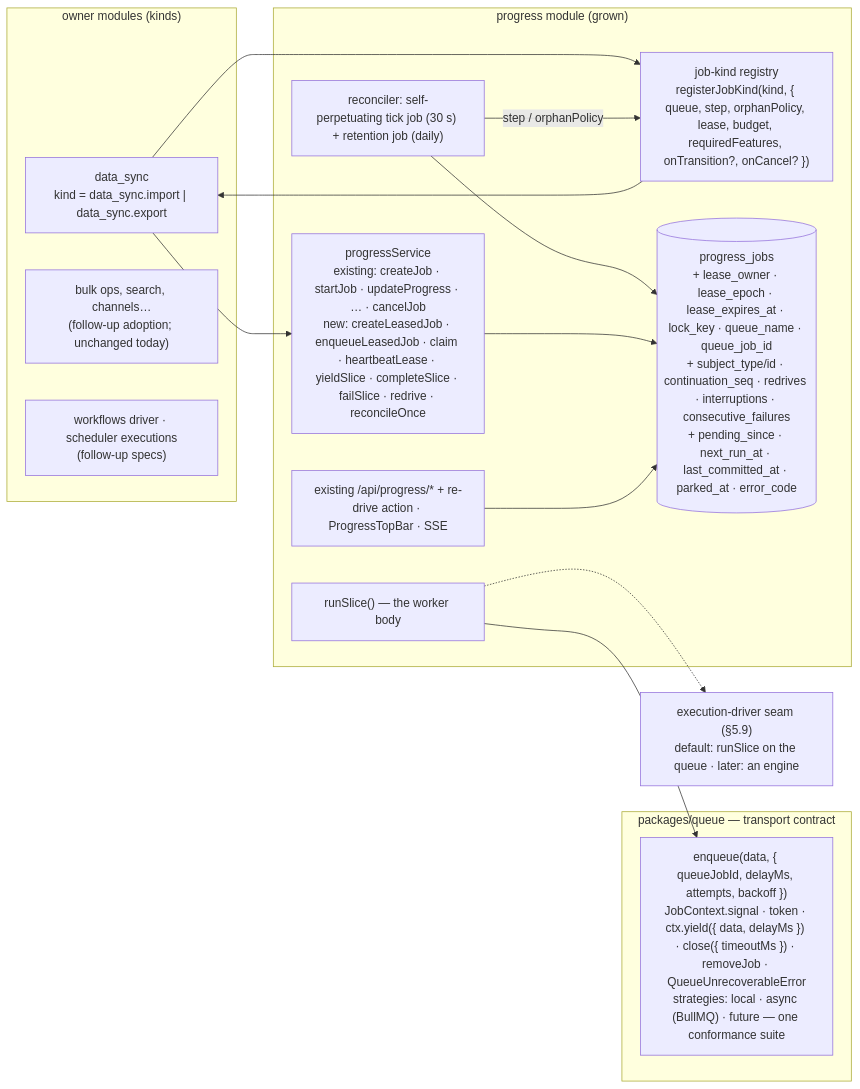
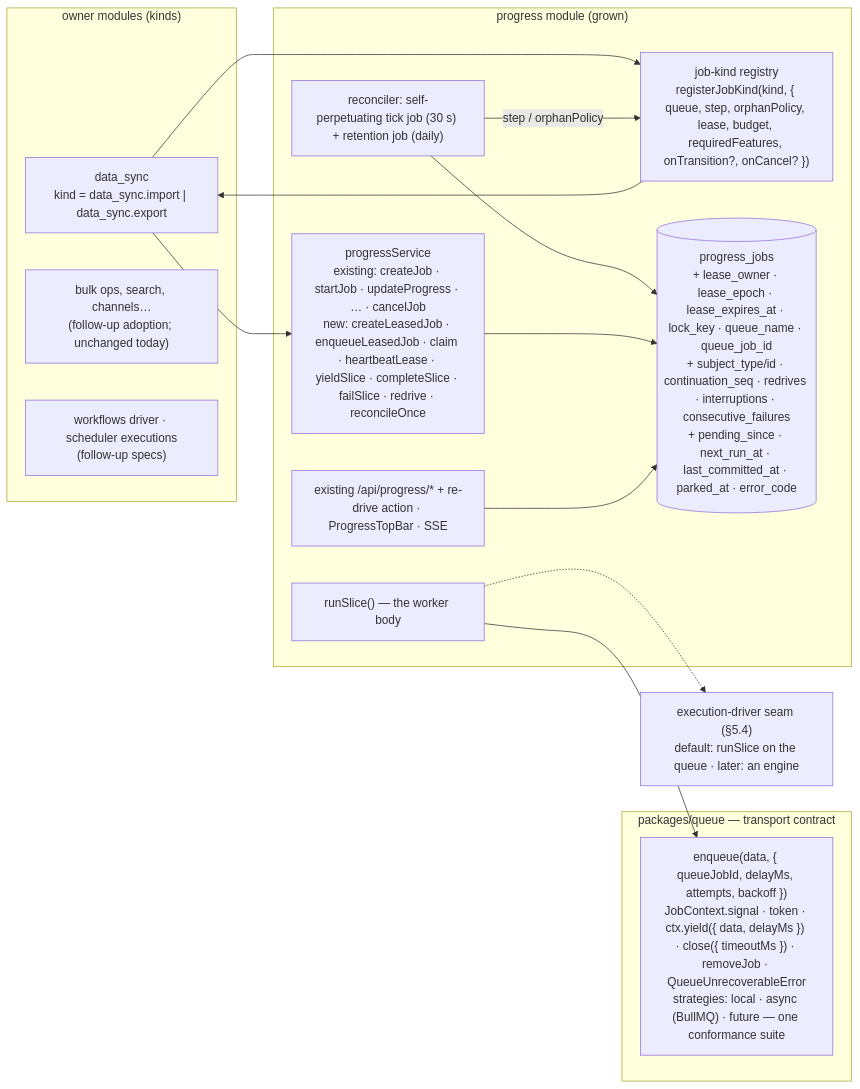
Before and after one commit to open-mercato/open-mercato: the diagram in .ai/specs/2026-08-21-background-work-04-solution.md, drawn with Mermaid. The commit also changed other lines of this file and 8 other files, not shown here.

````diff
--- a/.ai/specs/2026-08-21-background-work-04-solution.md
+++ b/.ai/specs/2026-08-21-background-work-04-solution.md
@@ -106,27 +108,27 @@
 ```mermaid
 flowchart LR
   subgraph Owners["owner modules (kinds)"]
     DS["data_sync<br/>kind = data_sync.import | data_sync.export"]
     BULK["bulk ops, search, channels…<br/>(follow-up adoption; unchanged today)"]
     WF["workflows driver · scheduler executions<br/>(follow-up specs)"]
   end
   subgraph P["progress module (grown)"]
     SVC["progressService<br/>existing: createJob · startJob · updateProgress · … · cancelJob<br/>new: createLeasedJob · enqueueLeasedJob · claim · heartbeatLease · yieldSlice · completeSlice · failSlice · redrive · reconcileOnce"]
     REG["job-kind registry<br/>registerJobKind(kind, { queue, step, orphanPolicy, lease, budget, requiredFeatures, onTransition?, onCancel? })"]
     SLICE["runSlice() — the worker body"]
     REC["reconciler: self-perpetuating tick job (30 s) + retention job (daily)"]
     T[("progress_jobs<br/>+ lease_owner · lease_epoch · lease_expires_at · lock_key · queue_name · queue_job_id<br/>+ subject_type/id · continuation_seq · redrives · interruptions · consecutive_failures<br/>+ pending_since · next_run_at · last_committed_at · parked_at · error_code")]
     API["existing /api/progress/* + re-drive action · ProgressTopBar · SSE"]
   end
   subgraph Q["packages/queue — transport contract"]
     QQ["enqueue(data, { queueJobId, delayMs, attempts, backoff })<br/>JobContext.signal · token · ctx.yield({ data, delayMs }) · close({ timeoutMs }) · removeJob · QueueUnrecoverableError<br/>strategies: local · async (BullMQ) · future — one conformance suite"]
   end
-  DRV["execution-driver seam (§5.9)<br/>default: runSlice on the queue · later: an engine"]
+  DRV["execution-driver seam (§5.4)<br/>default: runSlice on the queue · later: an engine"]
   DS --> SVC & REG
   SLICE --> QQ
   REC --> T
   REC -->|step / orphanPolicy| REG --> DS
   SVC --> T
   API --> T
   SLICE -.-> DRV
 ```
````
